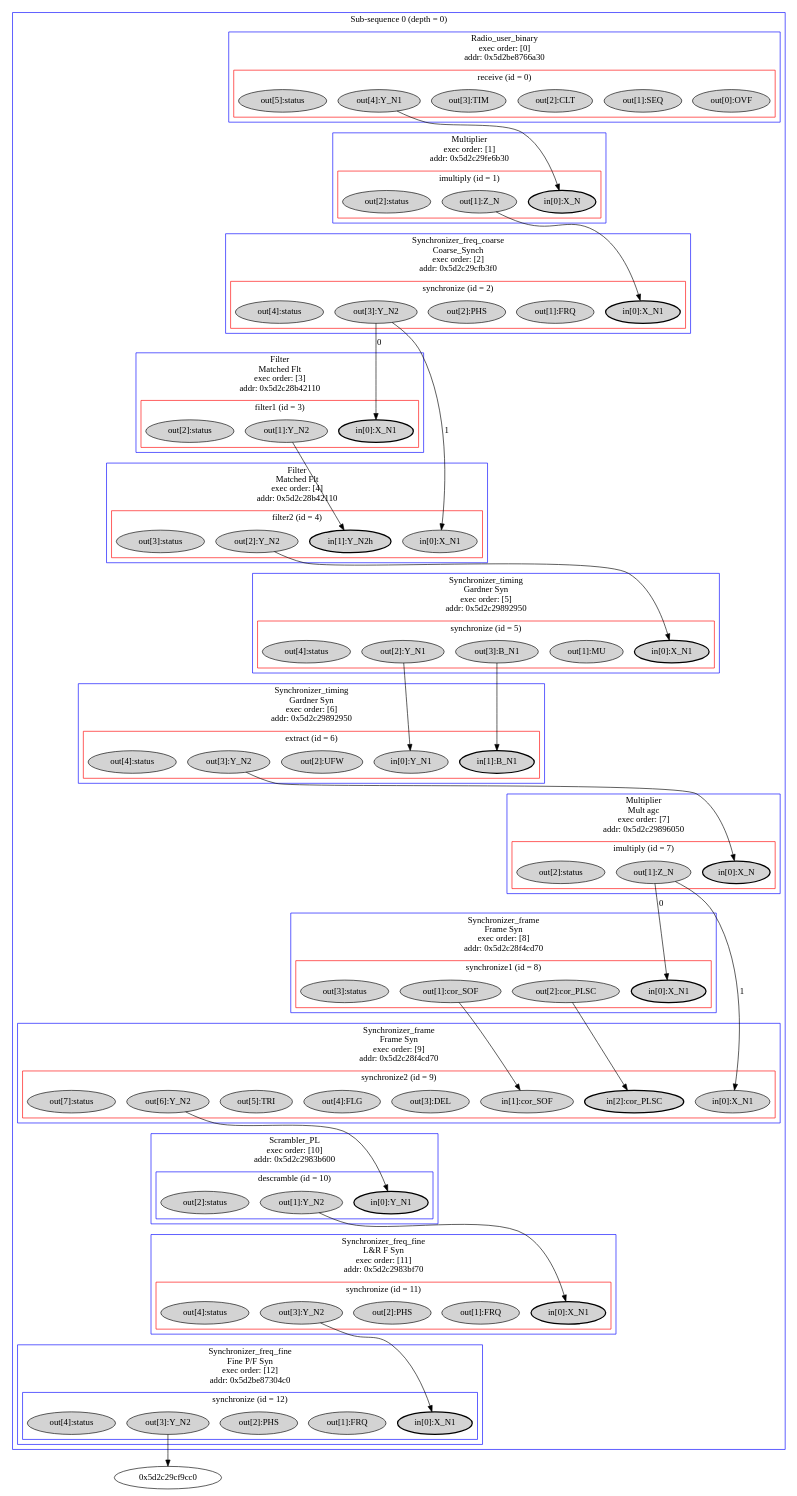
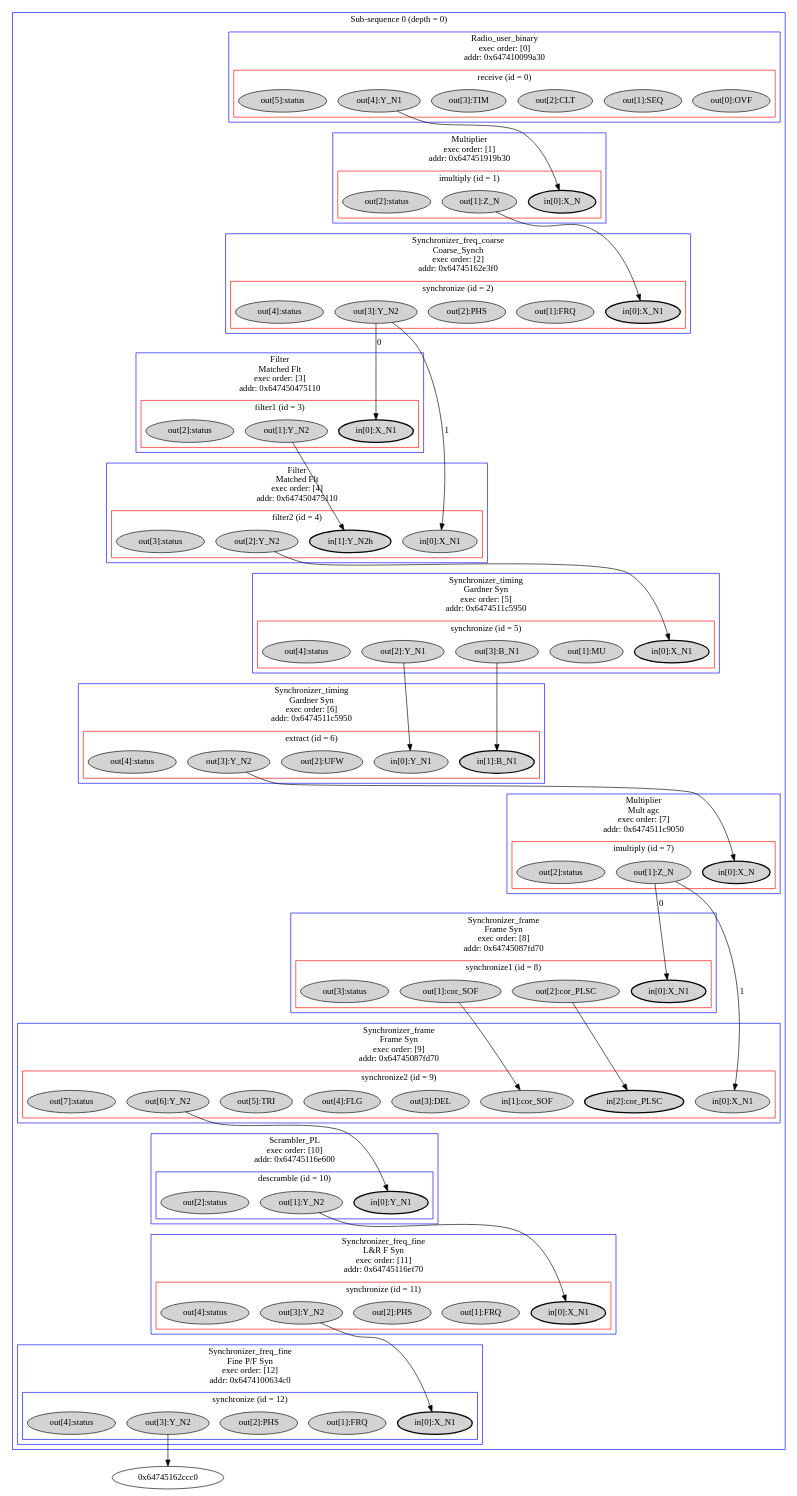
One commit to YacineIdouar/artifact_energy-aware_scheduling_strategies_scx changed the diagram in rx_sequence_learning_3.dot. Above: the diagram before and after it, drawn with Graphviz. The commit also changed 733 other files, not shown here.

```diff
--- a/rx_sequence_learning_3.dot
+++ b/rx_sequence_learning_3.dot
@@ -1,249 +1,249 @@
 digraph Sequence {
-	subgraph "cluster_Sub-sequence 0 (depth = 0)_0x7ffe17fbe1d0" {
+	subgraph "cluster_Sub-sequence 0 (depth = 0)_0x7ffc6edf0d30" {
 		node [style=filled];
-		subgraph "cluster_0x5d2be8766a30_0x5d2be8767270" {
+		subgraph "cluster_0x647410099a30_0x64741009a270" {
 			node [style=filled];
-			subgraph "cluster_0x5d2c29803d50" {
+			subgraph "cluster_0x647451136fe0" {
 				node [style=filled];
-				"0x5d2be8767470"[label="out[0]:OVF"];
-				"0x5d2be8767590"[label="out[1]:SEQ"];
-				"0x5d2be87676c0"[label="out[2]:CLT"];
-				"0x5d2be87677f0"[label="out[3]:TIM"];
-				"0x5d2be8767940"[label="out[4]:Y_N1"];
-				"0x5d2be87605a0"[label="out[5]:status"];
+				"0x64741009a470"[label="out[0]:OVF"];
+				"0x64741009a590"[label="out[1]:SEQ"];
+				"0x64741009a6c0"[label="out[2]:CLT"];
+				"0x64741009a7f0"[label="out[3]:TIM"];
+				"0x64741009a940"[label="out[4]:Y_N1"];
+				"0x6474100935a0"[label="out[5]:status"];
 				label="receive (id = 0)";
 				color=red;
 			}
 			label="Radio_user_binary
 exec order: [0]
-addr: 0x5d2be8766a30";
+addr: 0x647410099a30";
 			color=blue;
 		}
-		subgraph "cluster_0x5d2c29fe6b30_0x5d2c29895260" {
+		subgraph "cluster_0x647451919b30_0x6474511c8260" {
 			node [style=filled];
-			subgraph "cluster_0x5d2c29803d58" {
+			subgraph "cluster_0x647451136fe8" {
 				node [style=filled];
-				"0x5d2c298954e0"[label="in[0]:X_N", penwidth="2.0"];
-				"0x5d2c29895630"[label="out[1]:Z_N"];
-				"0x5d2c29895750"[label="out[2]:status"];
+				"0x6474511c84e0"[label="in[0]:X_N", penwidth="2.0"];
+				"0x6474511c8630"[label="out[1]:Z_N"];
+				"0x6474511c8750"[label="out[2]:status"];
 				label="imultiply (id = 1)";
 				color=red;
 			}
 			label="Multiplier
 exec order: [1]
-addr: 0x5d2c29fe6b30";
+addr: 0x647451919b30";
 			color=blue;
 		}
-		subgraph "cluster_0x5d2c29cfb3f0_0x5d2c28f4fc10" {
+		subgraph "cluster_0x64745162e3f0_0x647450882c10" {
 			node [style=filled];
-			subgraph "cluster_0x5d2c29803d60" {
+			subgraph "cluster_0x647451136ff0" {
 				node [style=filled];
-				"0x5d2c28f4fde0"[label="in[0]:X_N1", penwidth="2.0"];
-				"0x5d2c28f4feb0"[label="out[1]:FRQ"];
-				"0x5d2c28f4ff80"[label="out[2]:PHS"];
-				"0x5d2c28f50080"[label="out[3]:Y_N2"];
-				"0x5d2c28f50200"[label="out[4]:status"];
+				"0x647450882de0"[label="in[0]:X_N1", penwidth="2.0"];
+				"0x647450882eb0"[label="out[1]:FRQ"];
+				"0x647450882f80"[label="out[2]:PHS"];
+				"0x647450883080"[label="out[3]:Y_N2"];
+				"0x647450883200"[label="out[4]:status"];
 				label="synchronize (id = 2)";
 				color=red;
 			}
 			label="Synchronizer_freq_coarse
 Coarse_Synch
 exec order: [2]
-addr: 0x5d2c29cfb3f0";
+addr: 0x64745162e3f0";
 			color=blue;
 		}
-		subgraph "cluster_0x5d2c28b42110_0x5d2c29bfdf30" {
+		subgraph "cluster_0x647450475110_0x647451530f30" {
 			node [style=filled];
-			subgraph "cluster_0x5d2c29803d68" {
+			subgraph "cluster_0x647451136ff8" {
 				node [style=filled];
-				"0x5d2c29bfe1b0"[label="in[0]:X_N1", penwidth="2.0"];
-				"0x5d2c29bfe280"[label="out[1]:Y_N2"];
-				"0x5d2c29bfe3d0"[label="out[2]:status"];
+				"0x6474515311b0"[label="in[0]:X_N1", penwidth="2.0"];
+				"0x647451531280"[label="out[1]:Y_N2"];
+				"0x6474515313d0"[label="out[2]:status"];
 				label="filter1 (id = 3)";
 				color=red;
 			}
 			label="Filter
 Matched Flt
 exec order: [3]
-addr: 0x5d2c28b42110";
+addr: 0x647450475110";
 			color=blue;
 		}
-		subgraph "cluster_0x5d2c28b42110_0x5d2c29bfe590" {
+		subgraph "cluster_0x647450475110_0x647451531590" {
 			node [style=filled];
-			subgraph "cluster_0x5d2c29803d70" {
+			subgraph "cluster_0x647451137000" {
 				node [style=filled];
-				"0x5d2c29bfe860"[label="in[0]:X_N1"];
-				"0x5d2c29bfe980"[label="in[1]:Y_N2h", penwidth="2.0"];
-				"0x5d2c29bfeaa0"[label="out[2]:Y_N2"];
-				"0x5d2c29bfec80"[label="out[3]:status"];
+				"0x647451531860"[label="in[0]:X_N1"];
+				"0x647451531980"[label="in[1]:Y_N2h", penwidth="2.0"];
+				"0x647451531aa0"[label="out[2]:Y_N2"];
+				"0x647451531c80"[label="out[3]:status"];
 				label="filter2 (id = 4)";
 				color=red;
 			}
 			label="Filter
 Matched Flt
 exec order: [4]
-addr: 0x5d2c28b42110";
+addr: 0x647450475110";
 			color=blue;
 		}
-		subgraph "cluster_0x5d2c29892950_0x5d2c29892c20" {
+		subgraph "cluster_0x6474511c5950_0x6474511c5c20" {
 			node [style=filled];
-			subgraph "cluster_0x5d2c29803d78" {
+			subgraph "cluster_0x647451137008" {
 				node [style=filled];
-				"0x5d2c29892ec0"[label="in[0]:X_N1", penwidth="2.0"];
-				"0x5d2c29892ff0"[label="out[1]:MU"];
-				"0x5d2c29893110"[label="out[2]:Y_N1"];
-				"0x5d2c298932b0"[label="out[3]:B_N1"];
-				"0x5d2c29893430"[label="out[4]:status"];
+				"0x6474511c5ec0"[label="in[0]:X_N1", penwidth="2.0"];
+				"0x6474511c5ff0"[label="out[1]:MU"];
+				"0x6474511c6110"[label="out[2]:Y_N1"];
+				"0x6474511c62b0"[label="out[3]:B_N1"];
+				"0x6474511c6430"[label="out[4]:status"];
 				label="synchronize (id = 5)";
 				color=red;
 			}
 			label="Synchronizer_timing
 Gardner Syn
 exec order: [5]
-addr: 0x5d2c29892950";
+addr: 0x6474511c5950";
 			color=blue;
 		}
-		subgraph "cluster_0x5d2c29892950_0x5d2c29893620" {
+		subgraph "cluster_0x6474511c5950_0x6474511c6620" {
 			node [style=filled];
-			subgraph "cluster_0x5d2c29803d80" {
+			subgraph "cluster_0x647451137010" {
 				node [style=filled];
-				"0x5d2c29893840"[label="in[0]:Y_N1"];
-				"0x5d2c29893910"[label="in[1]:B_N1", penwidth="2.0"];
-				"0x5d2c29893a30"[label="out[2]:UFW"];
-				"0x5d2c29893c00"[label="out[3]:Y_N2"];
-				"0x5d2c29893d80"[label="out[4]:status"];
+				"0x6474511c6840"[label="in[0]:Y_N1"];
+				"0x6474511c6910"[label="in[1]:B_N1", penwidth="2.0"];
+				"0x6474511c6a30"[label="out[2]:UFW"];
+				"0x6474511c6c00"[label="out[3]:Y_N2"];
+				"0x6474511c6d80"[label="out[4]:status"];
 				label="extract (id = 6)";
 				color=red;
 			}
 			label="Synchronizer_timing
 Gardner Syn
 exec order: [6]
-addr: 0x5d2c29892950";
+addr: 0x6474511c5950";
 			color=blue;
 		}
-		subgraph "cluster_0x5d2c29896050_0x5d2c29896140" {
+		subgraph "cluster_0x6474511c9050_0x6474511c9140" {
 			node [style=filled];
-			subgraph "cluster_0x5d2c29803d88" {
+			subgraph "cluster_0x647451137018" {
 				node [style=filled];
-				"0x5d2c298963e0"[label="in[0]:X_N", penwidth="2.0"];
-				"0x5d2c29896530"[label="out[1]:Z_N"];
-				"0x5d2c29896650"[label="out[2]:status"];
+				"0x6474511c93e0"[label="in[0]:X_N", penwidth="2.0"];
+				"0x6474511c9530"[label="out[1]:Z_N"];
+				"0x6474511c9650"[label="out[2]:status"];
 				label="imultiply (id = 7)";
 				color=red;
 			}
 			label="Multiplier
 Mult agc
 exec order: [7]
-addr: 0x5d2c29896050";
+addr: 0x6474511c9050";
 			color=blue;
 		}
-		subgraph "cluster_0x5d2c28f4cd70_0x5d2c28f4d6b0" {
+		subgraph "cluster_0x64745087fd70_0x6474508806b0" {
 			node [style=filled];
-			subgraph "cluster_0x5d2c29803d90" {
+			subgraph "cluster_0x647451137020" {
 				node [style=filled];
-				"0x5d2c28f4d900"[label="in[0]:X_N1", penwidth="2.0"];
-				"0x5d2c28f4d9d0"[label="out[1]:cor_SOF"];
-				"0x5d2c28f4db20"[label="out[2]:cor_PLSC"];
-				"0x5d2c28f4dcc0"[label="out[3]:status"];
+				"0x647450880900"[label="in[0]:X_N1", penwidth="2.0"];
+				"0x6474508809d0"[label="out[1]:cor_SOF"];
+				"0x647450880b20"[label="out[2]:cor_PLSC"];
+				"0x647450880cc0"[label="out[3]:status"];
 				label="synchronize1 (id = 8)";
 				color=red;
 			}
 			label="Synchronizer_frame
 Frame Syn
 exec order: [8]
-addr: 0x5d2c28f4cd70";
+addr: 0x64745087fd70";
 			color=blue;
 		}
-		subgraph "cluster_0x5d2c28f4cd70_0x5d2c28f4dd90" {
+		subgraph "cluster_0x64745087fd70_0x647450880d90" {
 			node [style=filled];
-			subgraph "cluster_0x5d2c29803d98" {
+			subgraph "cluster_0x647451137028" {
 				node [style=filled];
-				"0x5d2c28f4e060"[label="in[0]:X_N1"];
-				"0x5d2c28f4e180"[label="in[1]:cor_SOF"];
-				"0x5d2c28f4e2a0"[label="in[2]:cor_PLSC", penwidth="2.0"];
-				"0x5d2c28f4e480"[label="out[3]:DEL"];
-				"0x5d2c28f4e5a0"[label="out[4]:FLG"];
-				"0x5d2c28f4e7e0"[label="out[5]:TRI"];
-				"0x5d2c28f4e900"[label="out[6]:Y_N2"];
-				"0x5d2c28f4ea20"[label="out[7]:status"];
+				"0x647450881060"[label="in[0]:X_N1"];
+				"0x647450881180"[label="in[1]:cor_SOF"];
+				"0x6474508812a0"[label="in[2]:cor_PLSC", penwidth="2.0"];
+				"0x647450881480"[label="out[3]:DEL"];
+				"0x6474508815a0"[label="out[4]:FLG"];
+				"0x6474508817e0"[label="out[5]:TRI"];
+				"0x647450881900"[label="out[6]:Y_N2"];
+				"0x647450881a20"[label="out[7]:status"];
 				label="synchronize2 (id = 9)";
 				color=red;
 			}
 			label="Synchronizer_frame
 Frame Syn
 exec order: [9]
-addr: 0x5d2c28f4cd70";
+addr: 0x64745087fd70";
 			color=blue;
 		}
-		subgraph "cluster_0x5d2c2983b600_0x5d2c29cfa500" {
+		subgraph "cluster_0x64745116e600_0x64745162d500" {
 			node [style=filled];
-			subgraph "cluster_0x5d2c29803da0" {
+			subgraph "cluster_0x647451137030" {
 				node [style=filled];
-				"0x5d2c29cfa7d0"[label="in[0]:Y_N1", penwidth="2.0"];
-				"0x5d2c29cfa8a0"[label="out[1]:Y_N2"];
-				"0x5d2c29cfa9a0"[label="out[2]:status"];
+				"0x64745162d7d0"[label="in[0]:Y_N1", penwidth="2.0"];
+				"0x64745162d8a0"[label="out[1]:Y_N2"];
+				"0x64745162d9a0"[label="out[2]:status"];
 				label="descramble (id = 10)";
 				color=blue;
 			}
 			label="Scrambler_PL
 exec order: [10]
-addr: 0x5d2c2983b600";
+addr: 0x64745116e600";
 			color=blue;
 		}
-		subgraph "cluster_0x5d2c2983bf70_0x5d2c2983c120" {
+		subgraph "cluster_0x64745116ef70_0x64745116f120" {
 			node [style=filled];
-			subgraph "cluster_0x5d2c29803da8" {
+			subgraph "cluster_0x647451137038" {
 				node [style=filled];
-				"0x5d2c2983c3a0"[label="in[0]:X_N1", penwidth="2.0"];
-				"0x5d2c2983c470"[label="out[1]:FRQ"];
-				"0x5d2c2983c590"[label="out[2]:PHS"];
-				"0x5d2c2983c7d0"[label="out[3]:Y_N2"];
-				"0x5d2c2983c8f0"[label="out[4]:status"];
+				"0x64745116f3a0"[label="in[0]:X_N1", penwidth="2.0"];
+				"0x64745116f470"[label="out[1]:FRQ"];
+				"0x64745116f590"[label="out[2]:PHS"];
+				"0x64745116f7d0"[label="out[3]:Y_N2"];
+				"0x64745116f8f0"[label="out[4]:status"];
 				label="synchronize (id = 11)";
 				color=red;
 			}
 			label="Synchronizer_freq_fine
 L&R F Syn
 exec order: [11]
-addr: 0x5d2c2983bf70";
+addr: 0x64745116ef70";
 			color=blue;
 		}
-		subgraph "cluster_0x5d2be87304c0_0x5d2c2983cae0" {
+		subgraph "cluster_0x6474100634c0_0x64745116fae0" {
 			node [style=filled];
-			subgraph "cluster_0x5d2c29803db0" {
+			subgraph "cluster_0x647451137040" {
 				node [style=filled];
-				"0x5d2c2983cdf0"[label="in[0]:X_N1", penwidth="2.0"];
-				"0x5d2c2983cf00"[label="out[1]:FRQ"];
-				"0x5d2c2983d020"[label="out[2]:PHS"];
-				"0x5d2c29cf8380"[label="out[3]:Y_N2"];
-				"0x5d2c29cf8500"[label="out[4]:status"];
+				"0x64745116fdf0"[label="in[0]:X_N1", penwidth="2.0"];
+				"0x64745116ff00"[label="out[1]:FRQ"];
+				"0x647451170020"[label="out[2]:PHS"];
+				"0x64745162b380"[label="out[3]:Y_N2"];
+				"0x64745162b500"[label="out[4]:status"];
 				label="synchronize (id = 12)";
 				color=blue;
 			}
 			label="Synchronizer_freq_fine
 Fine P/F Syn
 exec order: [12]
-addr: 0x5d2be87304c0";
+addr: 0x6474100634c0";
 			color=blue;
 		}
 		label="Sub-sequence 0 (depth = 0)";
 		color=blue;
 	}
-	"0x5d2be8767940" -> "0x5d2c298954e0"
-	"0x5d2c29895630" -> "0x5d2c28f4fde0"
-	"0x5d2c28f50080" -> "0x5d2c29bfe1b0"[label="0"]
-	"0x5d2c28f50080" -> "0x5d2c29bfe860"[label="1"]
-	"0x5d2c29bfe280" -> "0x5d2c29bfe980"
-	"0x5d2c29bfeaa0" -> "0x5d2c29892ec0"
-	"0x5d2c29893110" -> "0x5d2c29893840"
-	"0x5d2c298932b0" -> "0x5d2c29893910"
-	"0x5d2c29893c00" -> "0x5d2c298963e0"
-	"0x5d2c29896530" -> "0x5d2c28f4d900"[label="0"]
-	"0x5d2c29896530" -> "0x5d2c28f4e060"[label="1"]
-	"0x5d2c28f4d9d0" -> "0x5d2c28f4e180"
-	"0x5d2c28f4db20" -> "0x5d2c28f4e2a0"
-	"0x5d2c28f4e900" -> "0x5d2c29cfa7d0"
-	"0x5d2c29cfa8a0" -> "0x5d2c2983c3a0"
-	"0x5d2c2983c7d0" -> "0x5d2c2983cdf0"
-	"0x5d2c29cf8380" -> "0x5d2c29cf9cc0"
+	"0x64741009a940" -> "0x6474511c84e0"
+	"0x6474511c8630" -> "0x647450882de0"
+	"0x647450883080" -> "0x6474515311b0"[label="0"]
+	"0x647450883080" -> "0x647451531860"[label="1"]
+	"0x647451531280" -> "0x647451531980"
+	"0x647451531aa0" -> "0x6474511c5ec0"
+	"0x6474511c6110" -> "0x6474511c6840"
+	"0x6474511c62b0" -> "0x6474511c6910"
+	"0x6474511c6c00" -> "0x6474511c93e0"
+	"0x6474511c9530" -> "0x647450880900"[label="0"]
+	"0x6474511c9530" -> "0x647450881060"[label="1"]
+	"0x6474508809d0" -> "0x647450881180"
+	"0x647450880b20" -> "0x6474508812a0"
+	"0x647450881900" -> "0x64745162d7d0"
+	"0x64745162d8a0" -> "0x64745116f3a0"
+	"0x64745116f7d0" -> "0x64745116fdf0"
+	"0x64745162b380" -> "0x64745162ccc0"
 }
```
